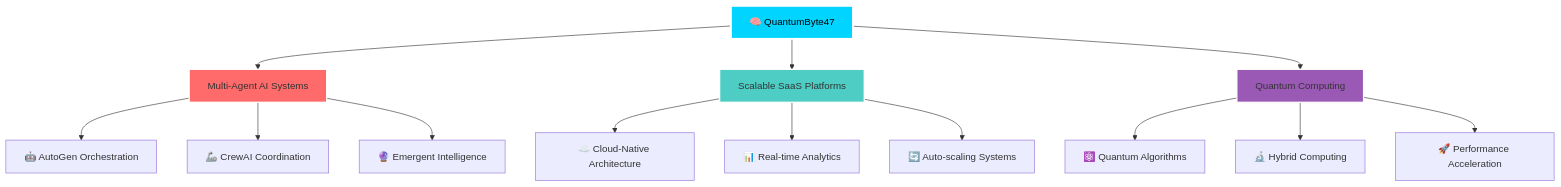
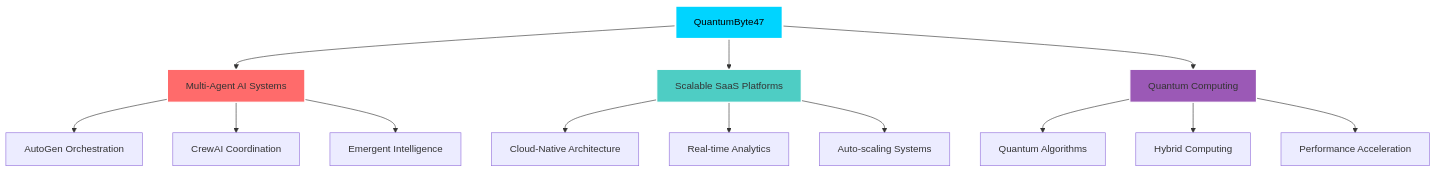
The diagram in README.md (QuantumByte47/QuantumByte47), drawn with Mermaid before and after one commit. The commit also changed other lines of this file, not shown here.

````diff
--- a/README.md
+++ b/README.md
@@ -203,23 +172,23 @@
   ```mermaid
   graph TD
-      A[🧠 QuantumByte47] --> B[Multi-Agent AI Systems]
+      A[QuantumByte47] --> B[Multi-Agent AI Systems]
       A --> C[Scalable SaaS Platforms]
       A --> D[Quantum Computing]
       
-      B --> E[🤖 AutoGen Orchestration]
-      B --> F[🦾 CrewAI Coordination]
-      B --> G[🔮 Emergent Intelligence]
+      B --> E[AutoGen Orchestration]
+      B --> F[CrewAI Coordination]
+      B --> G[Emergent Intelligence]
       
-      C --> H[☁️ Cloud-Native Architecture]
-      C --> I[📊 Real-time Analytics]
-      C --> J[🔄 Auto-scaling Systems]
+      C --> H[Cloud-Native Architecture]
+      C --> I[Real-time Analytics]
+      C --> J[Auto-scaling Systems]
       
-      D --> K[⚛️ Quantum Algorithms]
-      D --> L[🔬 Hybrid Computing]
-      D --> M[🚀 Performance Acceleration]
+      D --> K[Quantum Algorithms]
+      D --> L[Hybrid Computing]
+      D --> M[Performance Acceleration]
       
       style A fill:#00D4FF,stroke:#fff,stroke-width:3px,color:#000
       style B fill:#FF6B6B,stroke:#fff,stroke-width:2px
       style C fill:#4ECDC4,stroke:#fff,stroke-width:2px  
       style D fill:#9B59B6,stroke:#fff,stroke-width:2px
   ```
````
